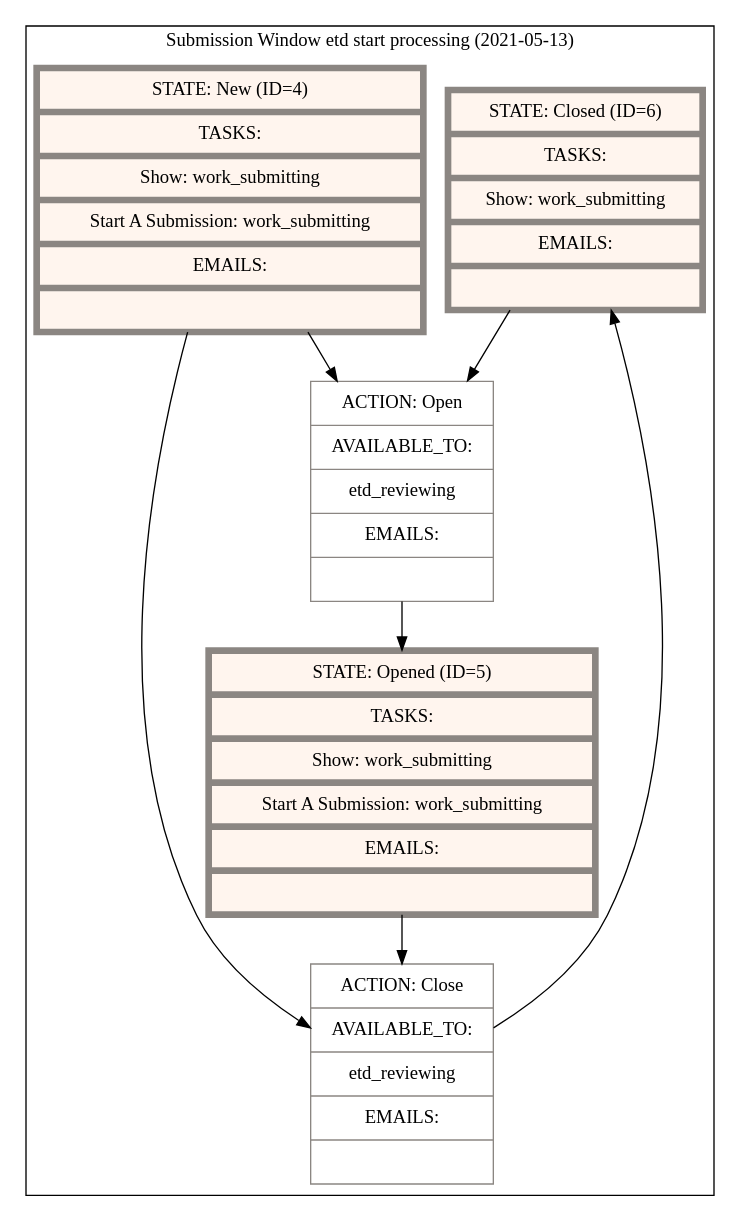
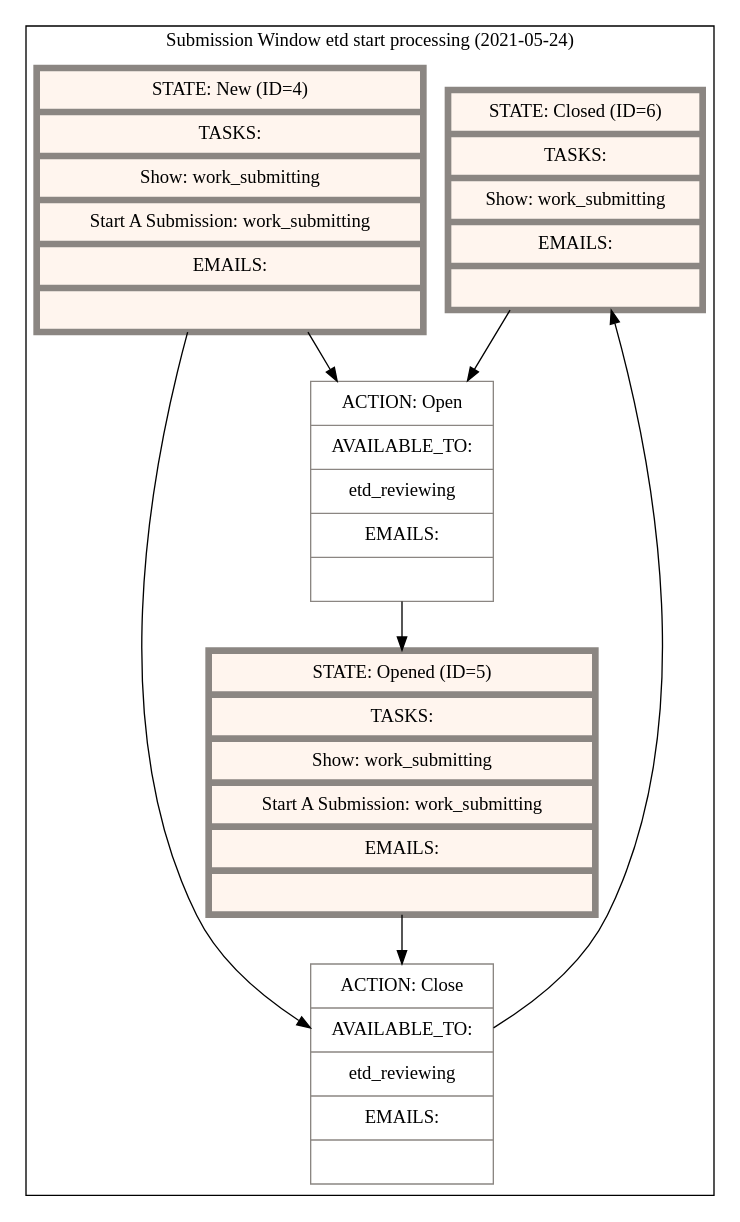
Before and after one commit to ndlib/sipity: the diagram in artifacts/state_machines/submission_window_etd_start_processing.dot, drawn with Graphviz. The commit also changed 11 other files, not shown here.

```diff
--- a/artifacts/state_machines/submission_window_etd_start_processing.dot
+++ b/artifacts/state_machines/submission_window_etd_start_processing.dot
@@ -1,27 +1,27 @@
 digraph "G" {
   compound=true;
   node[color="grey15" margin="0.15, 0.125"];
   subgraph cluster_0 {
-    label="Submission Window etd start processing (2021-05-13)"
+    label="Submission Window etd start processing (2021-05-24)"
     node[style=filled fillcolor=white color="seashell4"]
     subgraph 0 {
       label="States";
       node[shape="record" fillcolor="seashell1" penwidth=5]
       state_closed [label="{ STATE: Closed (ID=6)| TASKS: | Show: work_submitting | EMAILS: |  }"]
       state_new [label="{ STATE: New (ID=4)| TASKS: | Show: work_submitting | Start A Submission: work_submitting | EMAILS: |  }"]
       state_opened [label="{ STATE: Opened (ID=5)| TASKS: | Show: work_submitting | Start A Submission: work_submitting | EMAILS: |  }"]
     }
     subgraph 1 {
       label="Actions"
       node[shape="record" shape=record penwidth=1]
         action_open [label="{ ACTION: Open | AVAILABLE_TO: | etd_reviewing | EMAILS: |  }"]
         action_close [label="{ ACTION: Close | AVAILABLE_TO: | etd_reviewing | EMAILS: |  }"]
     }
       state_closed -> action_open
       action_open -> state_opened
       state_new -> action_open
       state_new -> action_close
       action_close -> state_closed
       state_opened -> action_close
   }
 }
```
